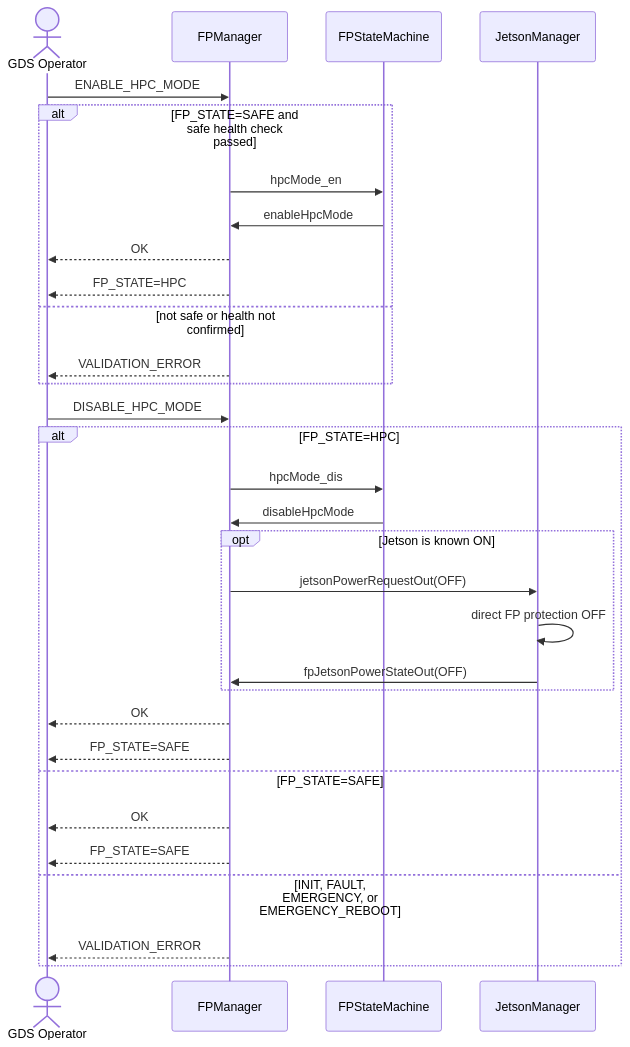
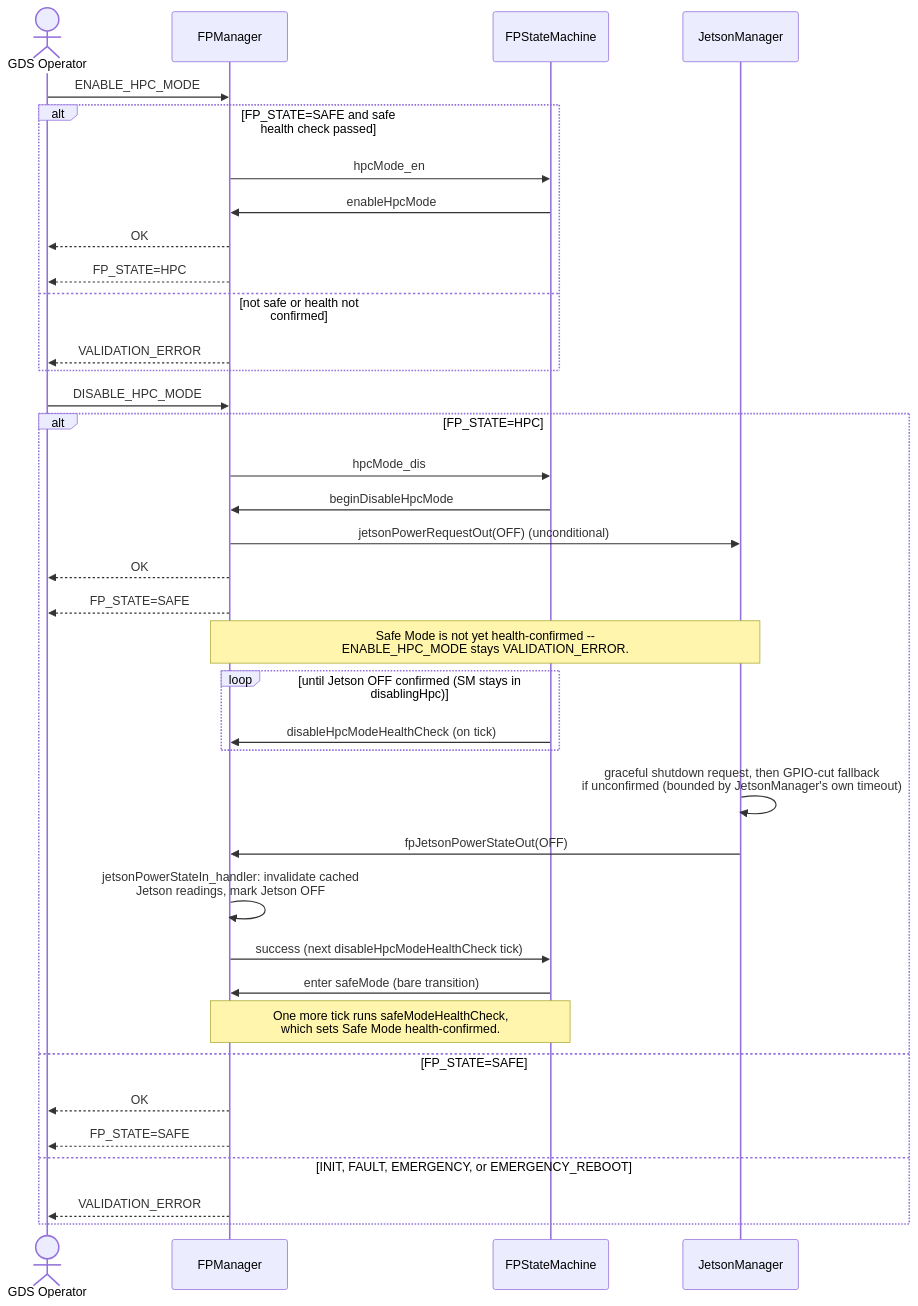
The fifth of 8 diagrams in scales/scalesSvc/FPManager/docs/sdd.md (BroncoSpace-Lab/fprime-scales), drawn with Mermaid before and after one commit. The commit also changed other lines of this file and 6 other files, not shown here.

````diff
--- a/scales/scalesSvc/FPManager/docs/sdd.md
+++ b/scales/scalesSvc/FPManager/docs/sdd.md
@@ -508,35 +530,41 @@
 ```mermaid
 sequenceDiagram
     actor Operator as GDS Operator
     participant FPM as FPManager
     participant SM as FPStateMachine
     participant JM as JetsonManager
 
     Operator->>FPM: ENABLE_HPC_MODE
     alt FP_STATE=SAFE and safe health check passed
         FPM->>SM: hpcMode_en
         SM->>FPM: enableHpcMode
         FPM-->>Operator: OK
         FPM-->>Operator: FP_STATE=HPC
     else not safe or health not confirmed
         FPM-->>Operator: VALIDATION_ERROR
     end
 
     Operator->>FPM: DISABLE_HPC_MODE
     alt FP_STATE=HPC
         FPM->>SM: hpcMode_dis
-        SM->>FPM: disableHpcMode
-        opt Jetson is known ON
-            FPM->>JM: jetsonPowerRequestOut(OFF)
-            JM->>JM: direct FP protection OFF
-            JM->>FPM: fpJetsonPowerStateOut(OFF)
-        end
+        SM->>FPM: beginDisableHpcMode
+        FPM->>JM: jetsonPowerRequestOut(OFF) (unconditional)
         FPM-->>Operator: OK
         FPM-->>Operator: FP_STATE=SAFE
+        Note over FPM,JM: Safe Mode is not yet health-confirmed --<br>ENABLE_HPC_MODE stays VALIDATION_ERROR.
+        loop until Jetson OFF confirmed (SM stays in disablingHpc)
+            SM->>FPM: disableHpcModeHealthCheck (on tick)
+        end
+        JM->>JM: graceful shutdown request, then GPIO-cut fallback<br>if unconfirmed (bounded by JetsonManager's own timeout)
+        JM->>FPM: fpJetsonPowerStateOut(OFF)
+        FPM->>FPM: jetsonPowerStateIn_handler: invalidate cached<br>Jetson readings, mark Jetson OFF
+        FPM->>SM: success (next disableHpcModeHealthCheck tick)
+        SM->>FPM: enter safeMode (bare transition)
+        Note over FPM,SM: One more tick runs safeModeHealthCheck,<br>which sets Safe Mode health-confirmed.
     else FP_STATE=SAFE
         FPM-->>Operator: OK
         FPM-->>Operator: FP_STATE=SAFE
     else INIT, FAULT, EMERGENCY, or EMERGENCY_REBOOT
         FPM-->>Operator: VALIDATION_ERROR
     end
 ```
````
